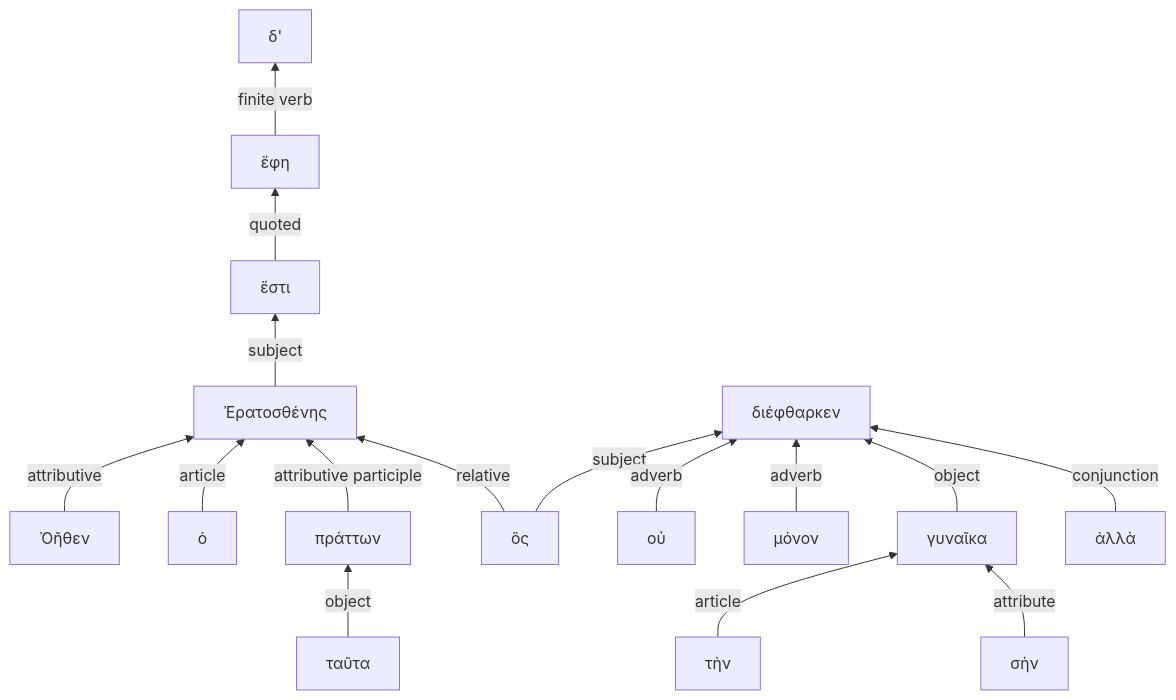
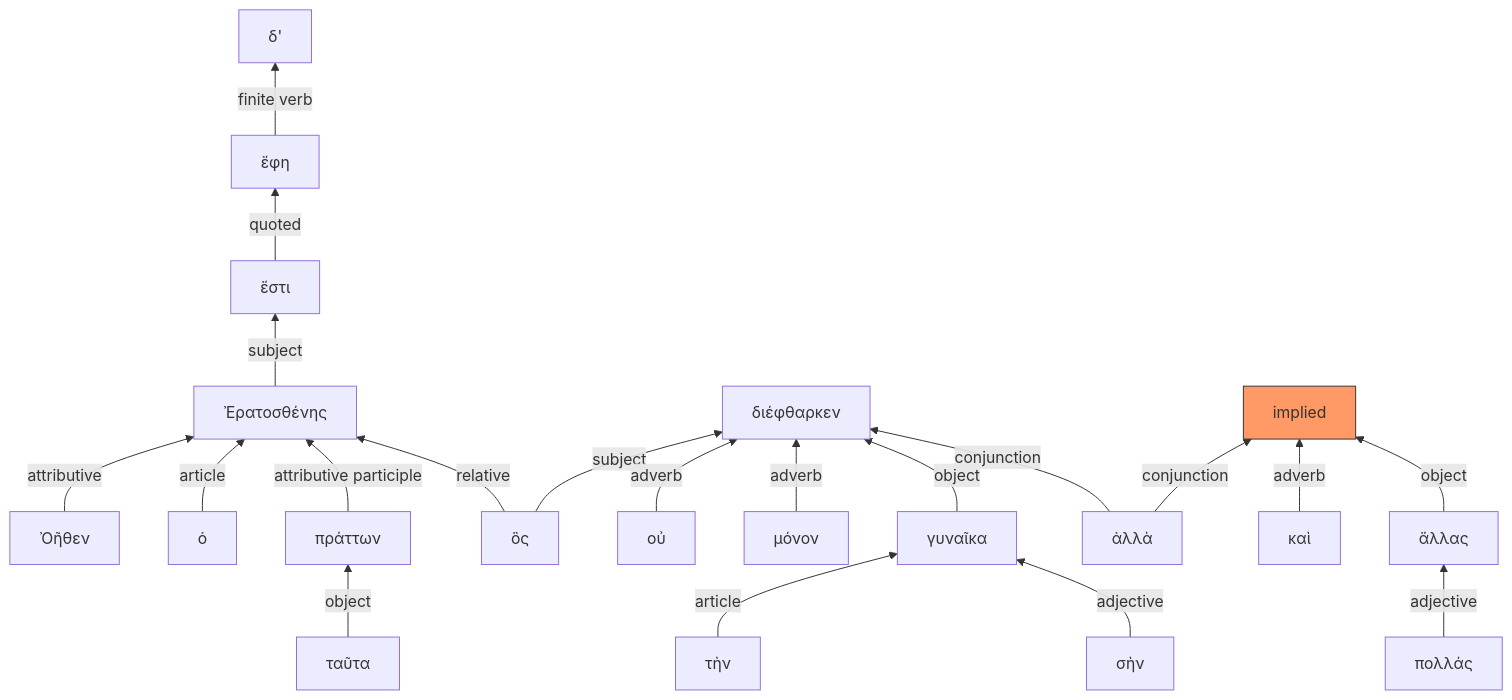
One commit to neelsmith/GreekAndLatinSyntax changed the diagram in example2.md. Above: the diagram before and after it, drawn with Mermaid. The commit also changed 3 other files, not shown here.

````diff
--- a/example2.md
+++ b/example2.md
@@ -3,31 +3,36 @@
 ```mermaid
 graph BT;
 
 
 5142028[ἔφη] --> |finite verb| 5142027[δ'];
 
 
 5142026[ἔστι] --> |quoted| 5142028[ἔφη];
 5142029[Ἐρατοσθένης] --> |subject| 5142026[ἔστι];
 
 5142030[Ὀῆθεν] --> |attributive| 5142029[Ἐρατοσθένης];
 5142031[ὁ] --> |article| 5142029[Ἐρατοσθένης];
 
 5142033[πράττων] --> |attributive participle| 5142029[Ἐρατοσθένης];
 5142032[ταῦτα] --> |object| 5142033[πράττων] ;
 
 5142035[ὃς] --> |relative| 5142029[Ἐρατοσθένης];
 5142040[γυναῖκα] --> |object| 5142041[διέφθαρκεν];
 5142035[ὃς] -->  |subject| 5142041[διέφθαρκεν];
 5142036[οὐ] --> |adverb| 5142041[διέφθαρκεν];
 5142037[μόνον] --> |adverb| 5142041[διέφθαρκεν];
 5142038[τὴν] --> |article| 5142040[γυναῖκα];
-5142039[σὴν] --> |attribute| 5142040[γυναῖκα];
+5142039[σὴν] --> |adjective| 5142040[γυναῖκα];
 
 
 5142042[ἀλλὰ] --> |conjunction| 5142041[διέφθαρκεν];
 
+5142042[ἀλλὰ] --> |conjunction| 5142041bis[implied];
 
+5142044[ἄλλας] --> |object| 5142041bis[implied];
+5142045[πολλάς] --> |adjective| 5142044[ἄλλας];
+5142043[καὶ] --> |adverb| 5142041bis[implied];
 
-
+class 5142041bis implicit;
+classDef implicit fill:#f96,stroke:#333;
 ```
````
